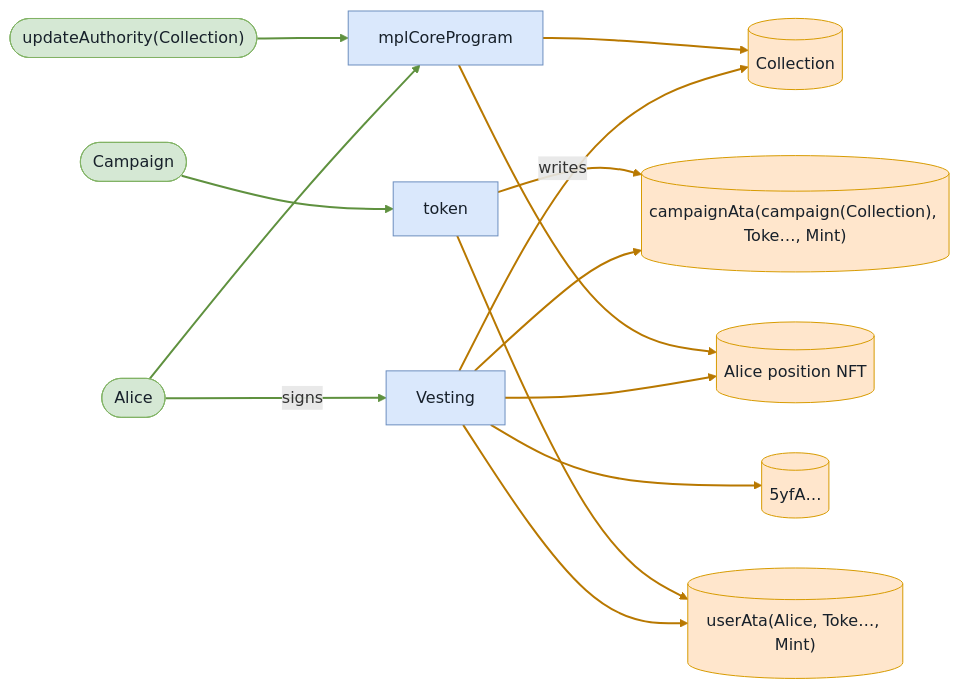
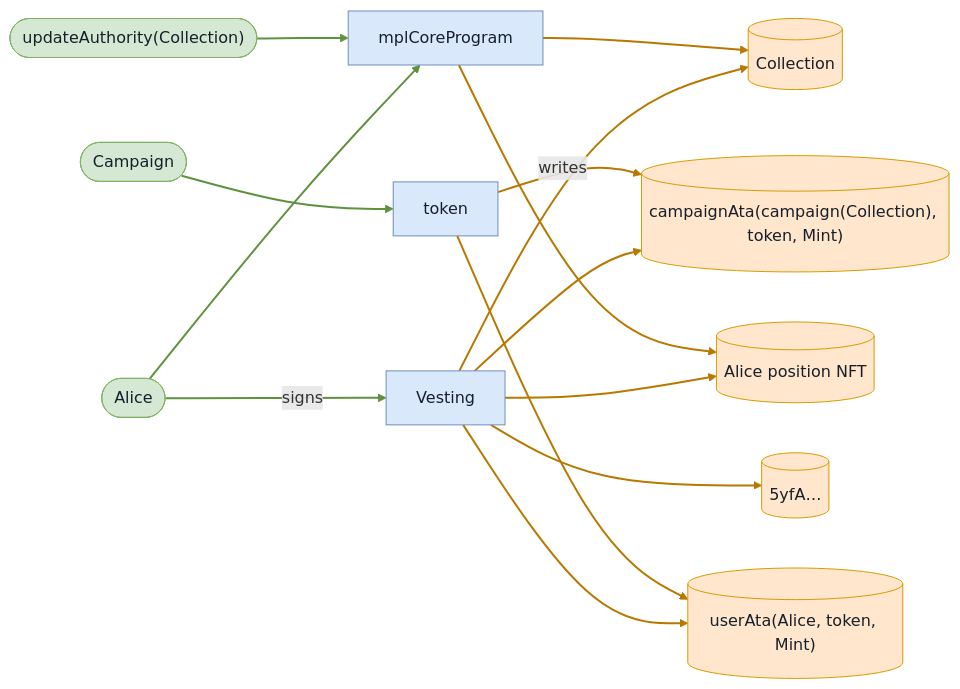
The eighth of 36 diagrams in md-reports-babelfish/full_lifecycle.md (cds-turbin3/vesting-position), drawn with Mermaid before and after one commit. The commit also changed other lines of this file and 104 other files, not shown here.

````diff
--- a/md-reports-babelfish/full_lifecycle.md
+++ b/md-reports-babelfish/full_lifecycle.md
@@ -449,32 +449,32 @@
 ```mermaid
 flowchart LR
     Vesting["Vesting"]:::program
     Alice(["Alice"]):::signer
     Collection[("Collection")]:::state
-    campaignAtacampaignCollectionTokeMint[("campaignAta(campaign(Collection), Toke…, Mint)")]:::state
-    userAtaAliceTokeMint[("userAta(Alice, Toke…, Mint)")]:::state
+    campaignAtacampaignCollectiontokenMint[("campaignAta(campaign(Collection), token, Mint)")]:::state
+    userAtaAlicetokenMint[("userAta(Alice, token, Mint)")]:::state
     AlicepositionNFT[("Alice position NFT")]:::state
     n5yfA[("5yfA…")]:::state
     mplCoreProgram["mplCoreProgram"]:::program
     updateAuthorityCollection(["updateAuthority(Collection)"]):::signer
     token["token"]:::program
     Campaign(["Campaign"]):::signer
     Alice -->|signs| Vesting
     Vesting -->|writes| Collection
-    Vesting --> campaignAtacampaignCollectionTokeMint
-    Vesting --> userAtaAliceTokeMint
+    Vesting --> campaignAtacampaignCollectiontokenMint
+    Vesting --> userAtaAlicetokenMint
     Vesting --> AlicepositionNFT
     Vesting --> n5yfA
     mplCoreProgram --> AlicepositionNFT
     mplCoreProgram --> Collection
     Alice --> mplCoreProgram
     updateAuthorityCollection --> mplCoreProgram
-    token --> campaignAtacampaignCollectionTokeMint
-    token --> userAtaAliceTokeMint
+    token --> campaignAtacampaignCollectiontokenMint
+    token --> userAtaAlicetokenMint
     Campaign --> token
     classDef program fill:#dae8fc,stroke:#6c8ebf,color:#17202a;
     classDef signer fill:#d5e8d4,stroke:#82b366,color:#17202a;
     classDef state fill:#ffe6cc,stroke:#d79b00,color:#17202a;
     linkStyle 0,8,9,12 stroke:#5f913f,stroke-width:2px
     linkStyle 1,2,3,4,5,6,7,10,11 stroke:#b87800,stroke-width:2px
 ```
````
